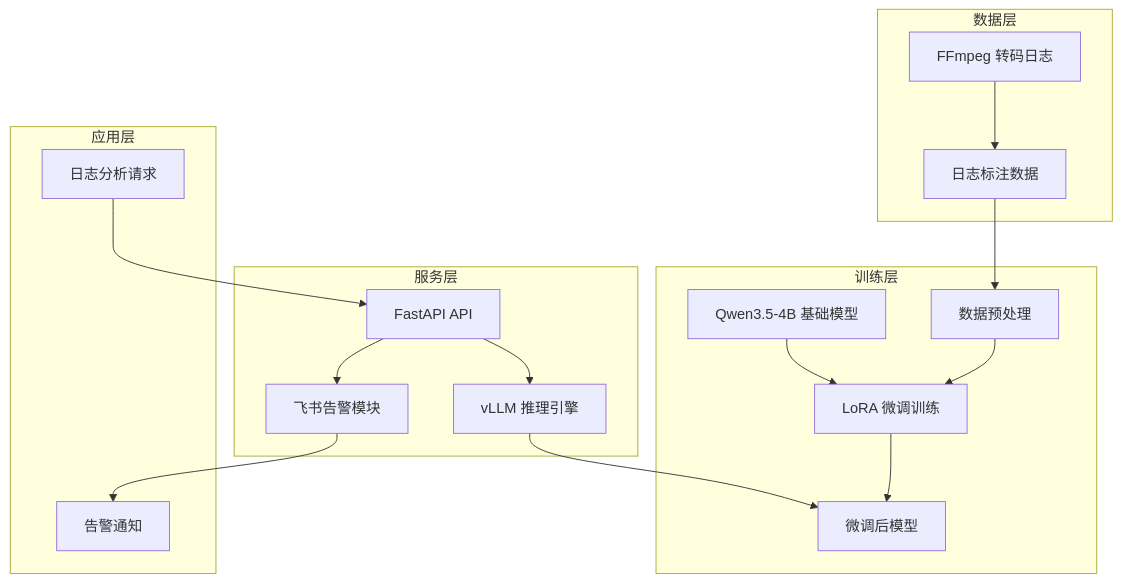
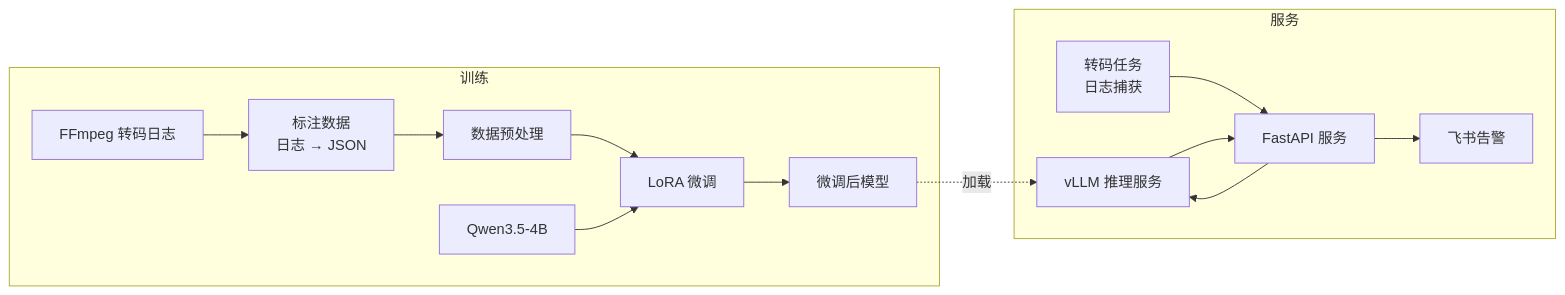
The diagram in README.md (JingweiYang-Nina/ffmpeg-log-alert-llm), drawn with Mermaid before and after one commit. The commit also changed other lines of this file and 5898 other files, not shown here.

````diff
--- a/README.md
+++ b/README.md
@@ -8,30 +11,19 @@
 ```mermaid
-graph TD
-    subgraph 数据层
-        A[FFmpeg 转码日志] --> B[日志标注数据]
-    end
-    
-    subgraph 训练层
+graph LR
+    subgraph 训练
+        A[FFmpeg 转码日志] --> B[标注数据<br/>日志 → JSON]
         B --> C[数据预处理]
-        C --> D[LoRA 微调训练]
-        E[Qwen3.5-4B 基础模型] --> D
+        C --> D[LoRA 微调]
+        E[Qwen3.5-4B] --> D
         D --> F[微调后模型]
     end
-    
-    subgraph 服务层
-        G[vLLM 推理引擎]
-        H[FastAPI API]
-        I[飞书告警模块]
+
+    subgraph 服务
+        G[转码任务<br/>日志捕获] --> H[FastAPI 服务]
+        H --> I[vLLM 推理服务]
+        I --> H
+        H --> J[飞书告警]
     end
-    
-    subgraph 应用层
-        J[日志分析请求]
-        K[告警通知]
-    end
-    
-    J --> H
-    H --> G
-    G --> F
-    H --> I
-    I --> K
+
+      F -.->|加载| I
 ```
````
